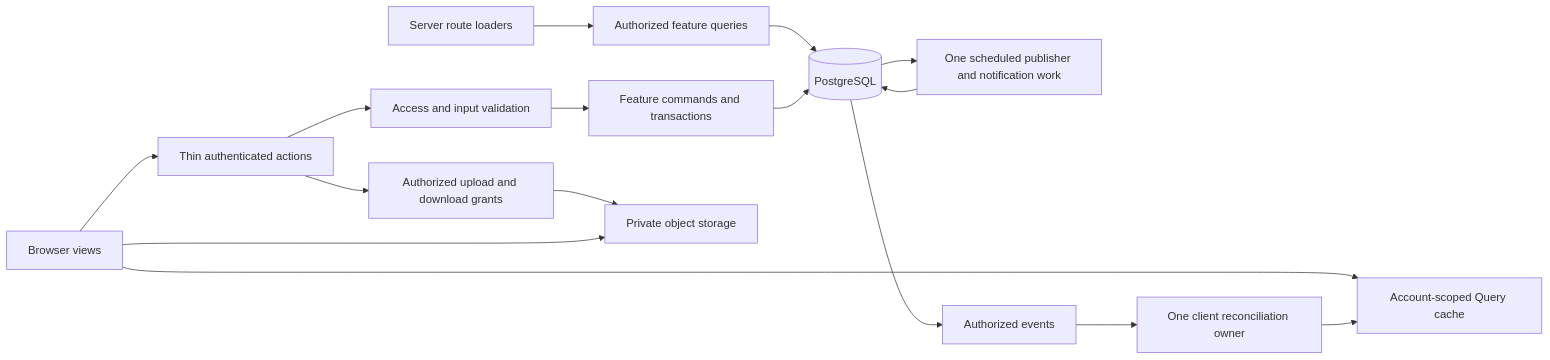
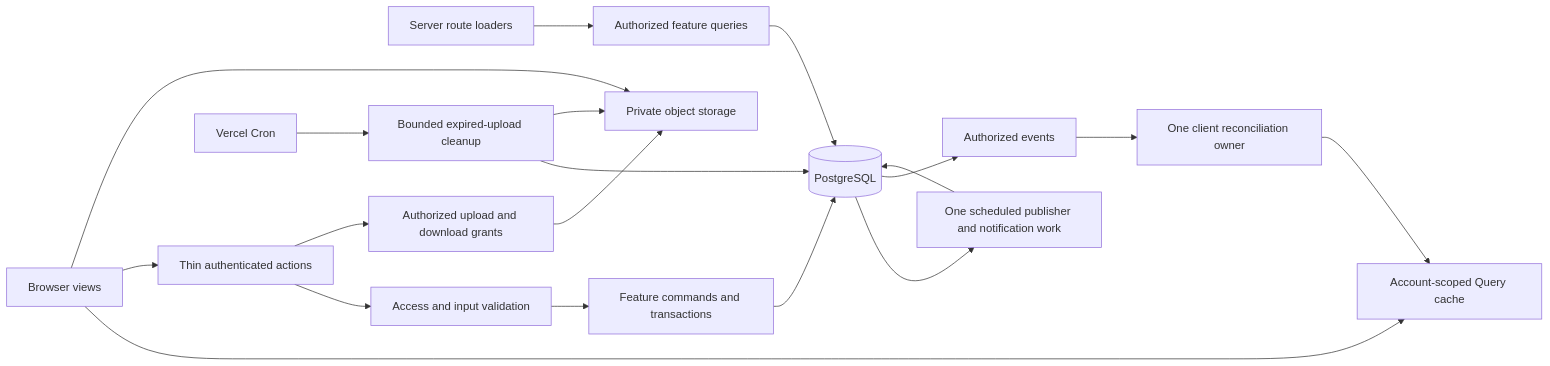
Before and after one commit to kelani34/slack-vibe: the second of 3 diagrams in docs/system-design.md, drawn with Mermaid. The commit also changed other lines of this file and 15 other files, not shown here.

Commit message:
docs(storage): document scheduled orphan cleanup

````diff
--- a/docs/system-design.md
+++ b/docs/system-design.md
@@ -54,18 +57,21 @@
 ```mermaid
 flowchart LR
   UI[Browser views] --> QC[Account-scoped Query cache]
   UI --> SA[Thin authenticated actions]
   RSC[Server route loaders] --> READ[Authorized feature queries]
   SA --> POLICY[Access and input validation]
   POLICY --> WRITE[Feature commands and transactions]
   READ --> DB[(PostgreSQL)]
   WRITE --> DB
   DB --> JOB[One scheduled publisher and notification work]
   JOB --> DB
+  VC[Vercel Cron] --> CLEAN[Bounded expired-upload cleanup]
+  CLEAN --> DB
+  CLEAN --> STORE[Private object storage]
   DB --> RT[Authorized events]
   RT --> SYNC[One client reconciliation owner]
   SYNC --> QC
   SA --> FILE[Authorized upload and download grants]
   FILE --> STORE[Private object storage]
   UI --> STORE
 ```
````
